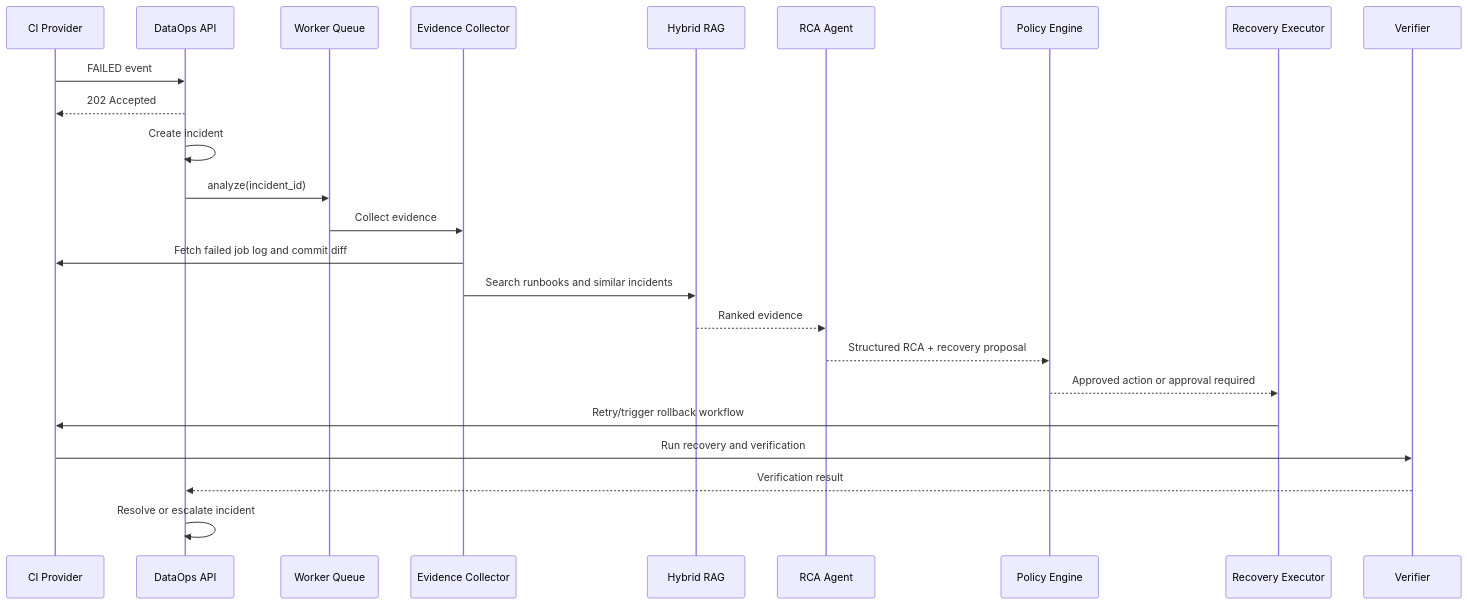
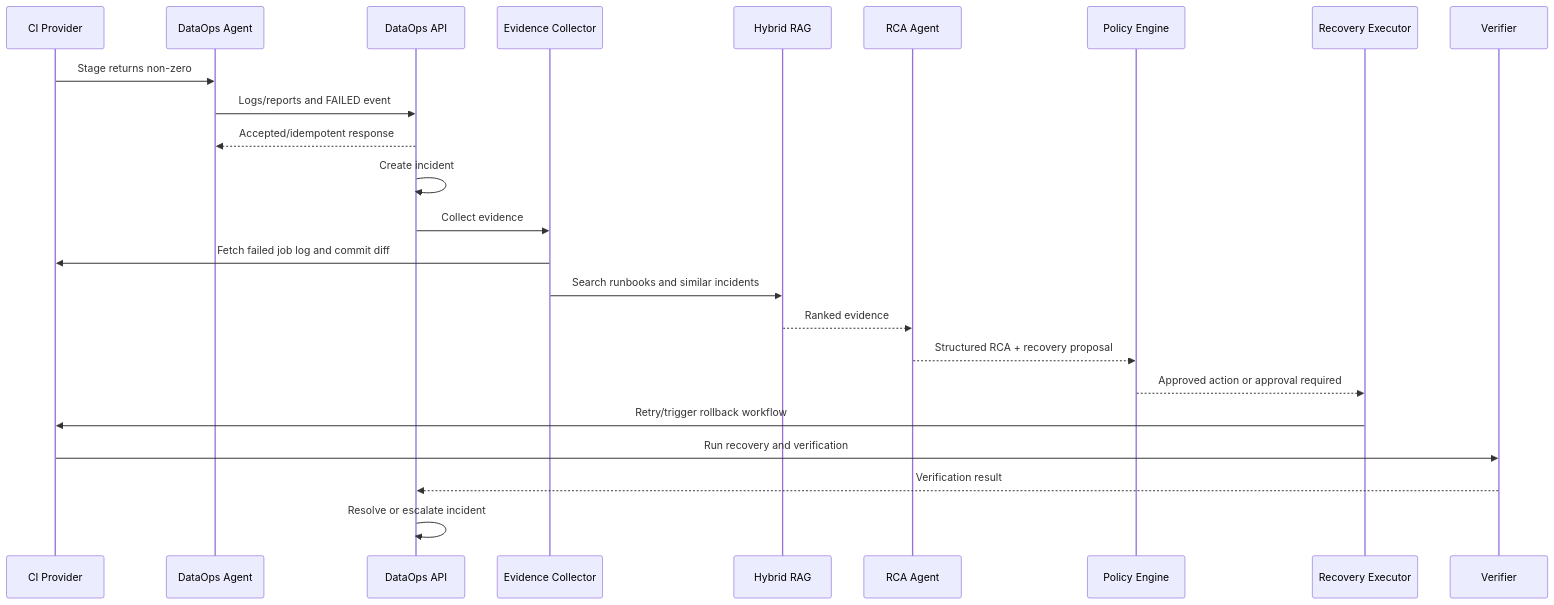
Before and after one commit to AndyAnh174/dataops-control-plane: the second of 4 diagrams in docs/03-runtime-flows.md, drawn with Mermaid. The commit also changed other lines of this file and 10 other files, not shown here.

Commit message:
docs: define self-hosted web platform flow

````diff
--- a/docs/03-runtime-flows.md
+++ b/docs/03-runtime-flows.md
@@ -45,27 +67,27 @@
 ```mermaid
 sequenceDiagram
     participant CI as CI Provider
+    participant DA as DataOps Agent
     participant DO as DataOps API
-    participant Q as Worker Queue
     participant EC as Evidence Collector
     participant RAG as Hybrid RAG
     participant AI as RCA Agent
     participant PE as Policy Engine
     participant RE as Recovery Executor
     participant V as Verifier
 
-    CI->>DO: FAILED event
-    DO-->>CI: 202 Accepted
+    CI->>DA: Stage returns non-zero
+    DA->>DO: Logs/reports and FAILED event
+    DO-->>DA: Accepted/idempotent response
     DO->>DO: Create incident
-    DO->>Q: analyze(incident_id)
-    Q->>EC: Collect evidence
+    DO->>EC: Collect evidence
     EC->>CI: Fetch failed job log and commit diff
     EC->>RAG: Search runbooks and similar incidents
     RAG-->>AI: Ranked evidence
     AI-->>PE: Structured RCA + recovery proposal
     PE-->>RE: Approved action or approval required
     RE->>CI: Retry/trigger rollback workflow
     CI->>V: Run recovery and verification
     V-->>DO: Verification result
     DO->>DO: Resolve or escalate incident
 ```
````
